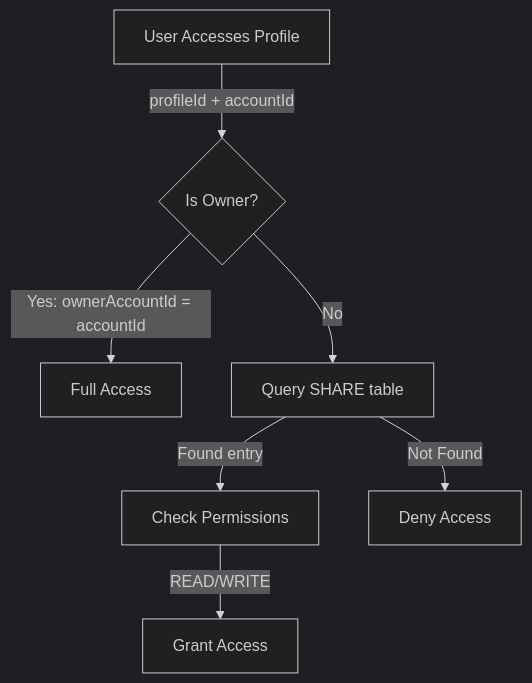
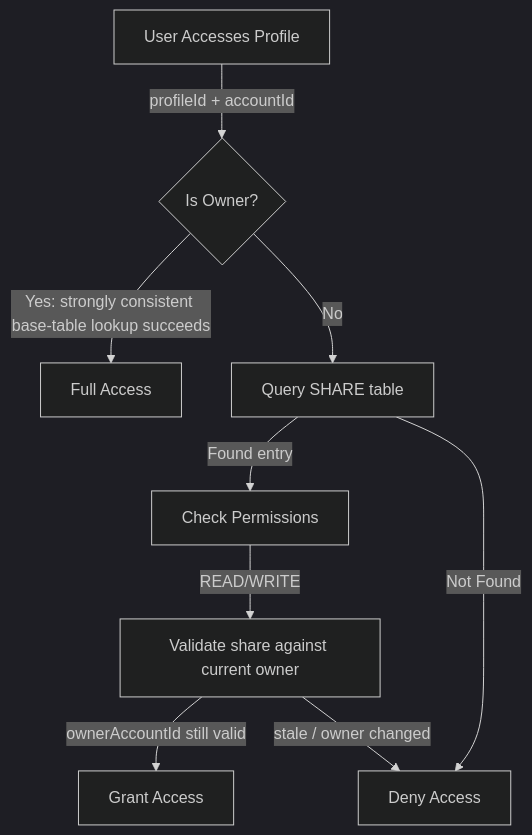
Before and after one commit to dmeiser/kernelworx: the fourth of 13 diagrams in docs/SCHEMA.md, drawn with Mermaid (dark theme). The commit also changed other lines of this file and 5 other files, not shown here.

First line of the commit message:
fix(auth): reject stale shares and use consistent reads for profile authorization (#250)

````diff
--- a/docs/SCHEMA.md
+++ b/docs/SCHEMA.md
@@ -198,9 +199,11 @@
 ```mermaid
 flowchart TD
     A["User Accesses Profile"] -->|profileId + accountId| B{Is Owner?}
-    B -->|Yes: ownerAccountId = accountId| C["Full Access"]
+    B -->|Yes: strongly consistent base-table lookup succeeds| C["Full Access"]
     B -->|No| D["Query SHARE table"]
     D -->|Found entry| E["Check Permissions"]
-    E -->|READ/WRITE| F["Grant Access"]
-    D -->|Not Found| G["Deny Access"]
+    E -->|READ/WRITE| F["Validate share against current owner"]
+    F -->|ownerAccountId still valid| G["Grant Access"]
+    F -->|stale / owner changed| H["Deny Access"]
+    D -->|Not Found| H["Deny Access"]
 ```
````
